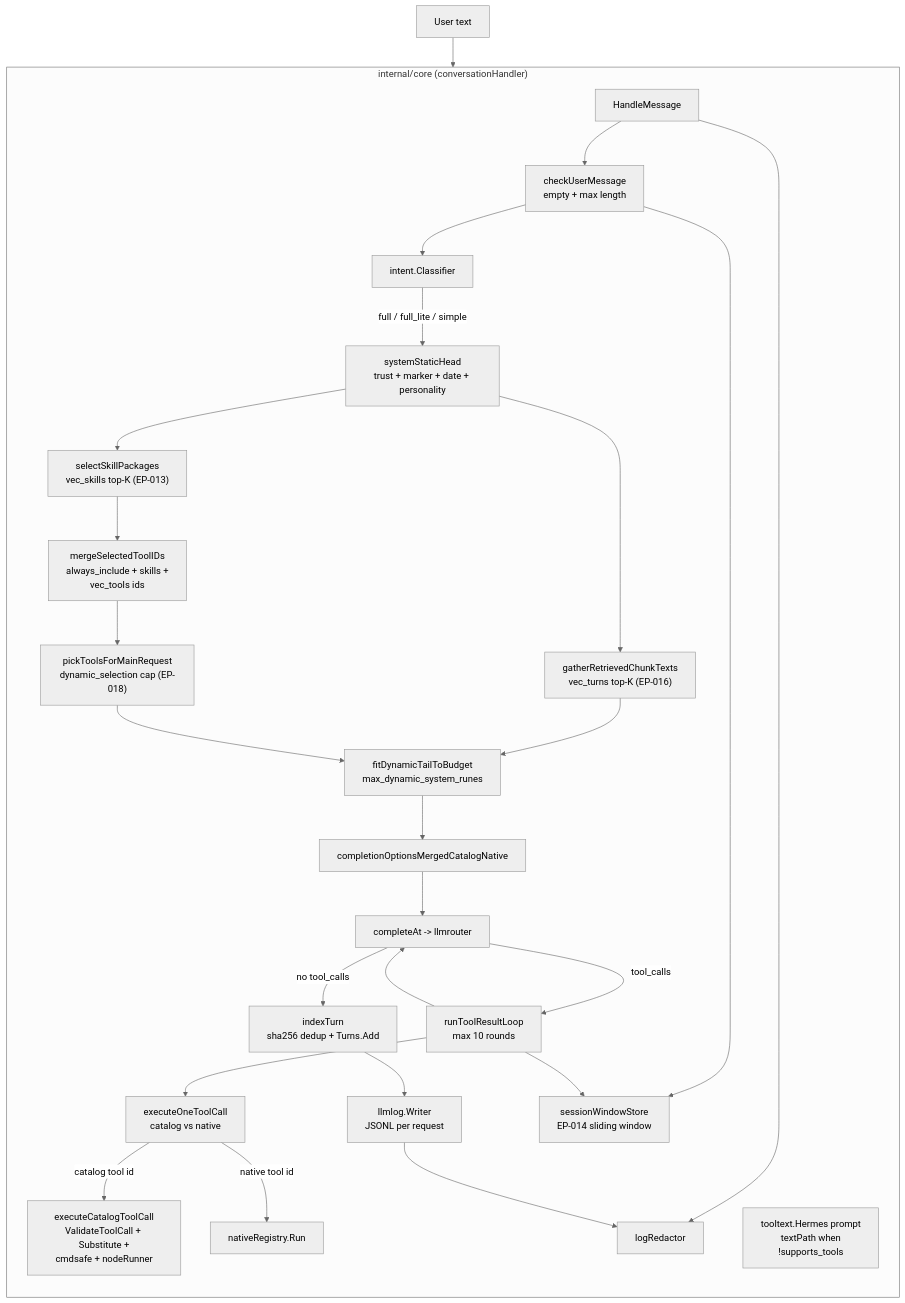
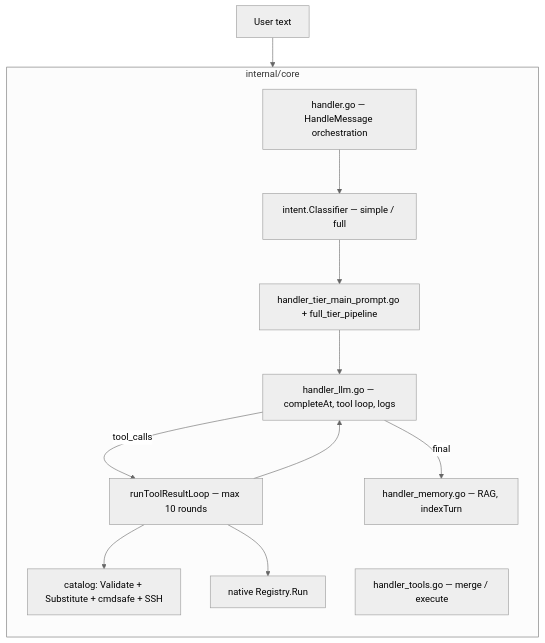
The third of 3 diagrams in ai-sdlc-artefacts/pa-architecture-review.md (asubbot/personal-assistant), drawn with Mermaid (neutral theme) before and after one commit. The commit also changed other lines of this file and 1 other file, not shown here.

Commit message:
Refresh architecture review for post-0.02 codebase and ignore .code-graph.

````diff
--- a/ai-sdlc-artefacts/pa-architecture-review.md
+++ b/ai-sdlc-artefacts/pa-architecture-review.md
@@ -122,45 +138,24 @@
 ```mermaid
 flowchart TB
-    subgraph core["internal/core (conversationHandler)"]
+    subgraph core["internal/core"]
         direction TB
-        H["HandleMessage"]
-        C["checkUserMessage<br/>empty + max length"]
-        IC["intent.Classifier"]
-        SH["systemStaticHead<br/>trust + marker + date + personality"]
-        GR["gatherRetrievedChunkTexts<br/>vec_turns top-K (EP-016)"]
-        SP["selectSkillPackages<br/>vec_skills top-K (EP-013)"]
-        MT["mergeSelectedToolIDs<br/>always_include + skills +<br/>vec_tools ids"]
-        DT["pickToolsForMainRequest<br/>dynamic_selection cap (EP-018)"]
-        TT["tooltext.Hermes prompt<br/>textPath when<br/>!supports_tools"]
-        FT["fitDynamicTailToBudget<br/>max_dynamic_system_runes"]
-        OPT["completionOptionsMergedCatalogNative"]
-        CR["completeAt -> llmrouter"]
-        LOOP["runToolResultLoop<br/>max 10 rounds"]
-        ETC["executeOneToolCall<br/>catalog vs native"]
-        CAT["executeCatalogToolCall<br/>ValidateToolCall + Substitute +<br/>cmdsafe + nodeRunner"]
-        NTV["nativeRegistry.Run"]
-        IDX["indexTurn<br/>sha256 dedup + Turns.Add"]
-        SESS["sessionWindowStore<br/>EP-014 sliding window"]
-        LLMLOG["llmlog.Writer<br/>JSONL per request"]
-        RED["logRedactor"]
+        H["handler.go — HandleMessage orchestration"]
+        LLM["handler_llm.go — completeAt, tool loop, logs"]
+        TOOLS["handler_tools.go — merge / execute"]
+        MEM["handler_memory.go — RAG, indexTurn"]
+        TIER["handler_tier_main_prompt.go + full_tier_pipeline"]
+        IC["intent.Classifier — simple / full"]
+        LOOP["runToolResultLoop — max 10 rounds"]
+        CAT["catalog: Validate + Substitute + cmdsafe + SSH"]
+        NTV["native Registry.Run"]
     end
 
-    U[User text] --> H --> C --> IC
-    IC -- "full / full_lite / simple" --> SH
-    SH --> GR
-    SH --> SP
-    SP --> MT
-    GR --> FT
-    MT --> DT --> FT
-    FT --> OPT --> CR
-    CR -->|tool_calls| LOOP --> ETC
-    ETC -->|catalog tool id| CAT
-    ETC -->|native tool id| NTV
-    LOOP --> CR
-    CR -->|no tool_calls| IDX
-    IDX --> LLMLOG
-    C --> SESS
-    LOOP --> SESS
-    H --> RED
-    LLMLOG --> RED
+    U[User text] --> H --> IC
+    IC --> TIER
+    TIER --> LLM
+    LLM -->|tool_calls| LOOP
+    LOOP --> CAT
+    LOOP --> NTV
+    LOOP --> LLM
+    LLM -->|final| MEM
 ```
````
